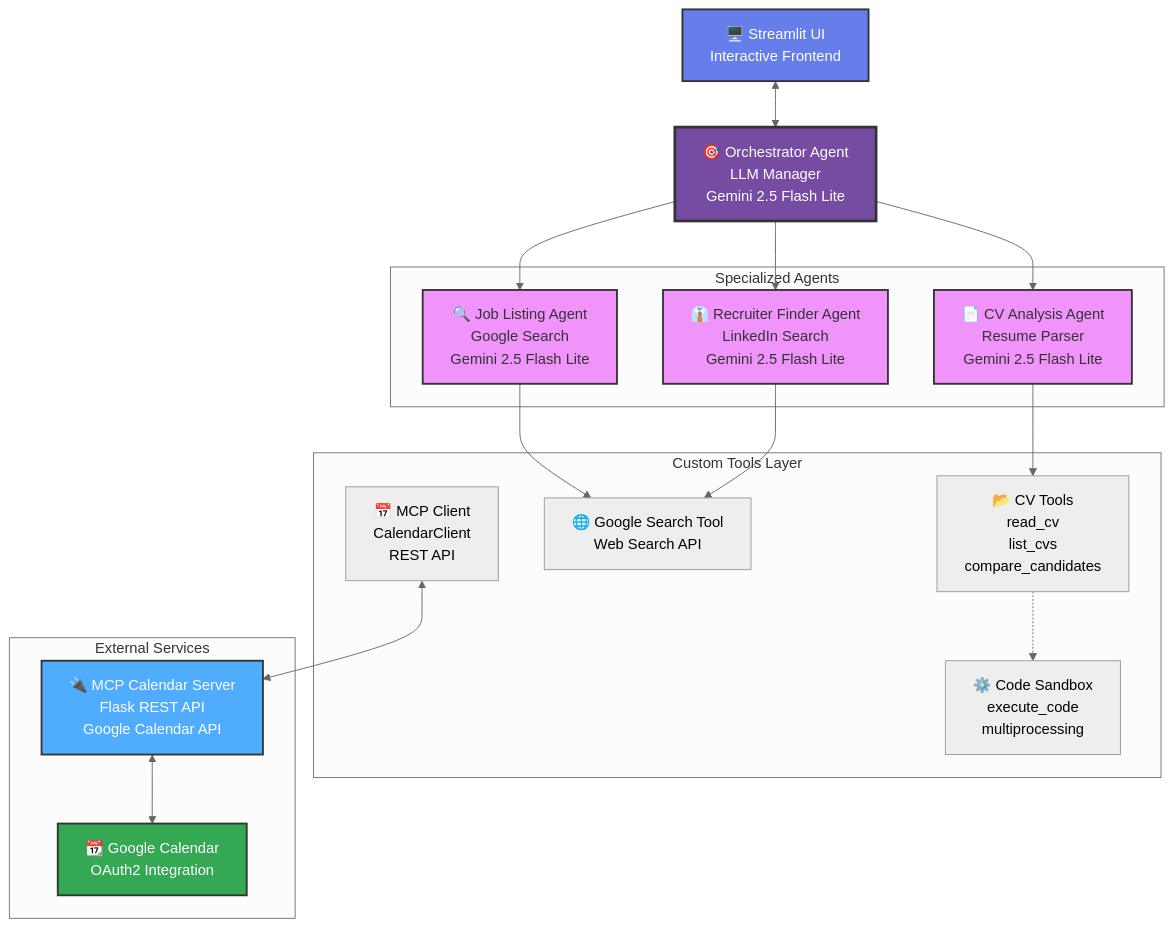
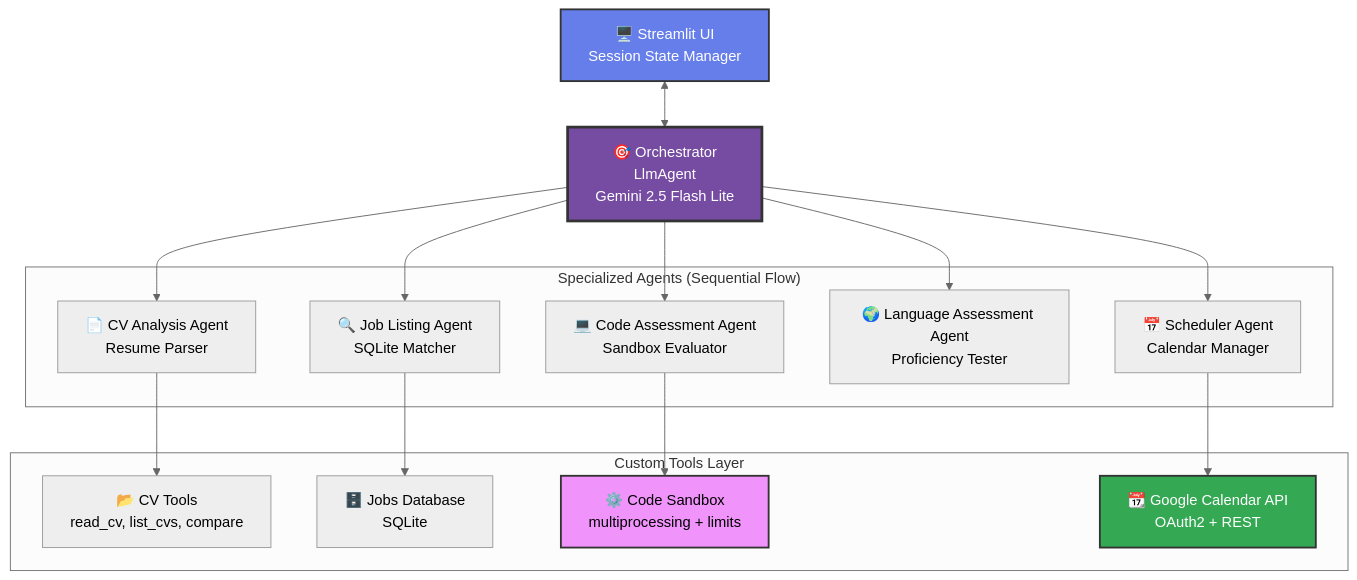
Before and after one commit to pitdagosti/agere-capstone-project-google-kaggle: the diagram in README.md, drawn with Mermaid (neutral theme). The commit also changed other lines of this file and 1 other file, not shown here.

````diff
--- a/README.md
+++ b/README.md
@@ -174,44 +367,32 @@
 ```mermaid
 graph TB
-    UI[🖥️ Streamlit UI<br/>Interactive Frontend]
-    ORCH[🎯 Orchestrator Agent<br/>LLM Manager<br/>Gemini 2.5 Flash Lite]
+    UI[🖥️ Streamlit UI<br/>Session State Manager]
+    ORCH[🎯 Orchestrator<br/>LlmAgent<br/>Gemini 2.5 Flash Lite]
     
-    subgraph "Specialized Agents"
-        CV[📄 CV Analysis Agent<br/>Resume Parser<br/>Gemini 2.5 Flash Lite]
-        JOB[🔍 Job Listing Agent<br/>Google Search<br/>Gemini 2.5 Flash Lite]
-        REC[👔 Recruiter Finder Agent<br/>LinkedIn Search<br/>Gemini 2.5 Flash Lite]
+    subgraph "Specialized Agents (Sequential Flow)"
+        CV[📄 CV Analysis Agent<br/>Resume Parser]
+        JOB[🔍 Job Listing Agent<br/>SQLite Matcher]
+        CODE[💻 Code Assessment Agent<br/>Sandbox Evaluator]
+        LANG[🌍 Language Assessment Agent<br/>Proficiency Tester]
+        SCHED[📅 Scheduler Agent<br/>Calendar Manager]
     end
     
     subgraph "Custom Tools Layer"
-        CVTOOLS[📂 CV Tools<br/>read_cv<br/>list_cvs<br/>compare_candidates]
-        GSEARCH[🌐 Google Search Tool<br/>Web Search API]
-        SANDBOX[⚙️ Code Sandbox<br/>execute_code<br/>multiprocessing]
-        MCPCLIENT[📅 MCP Client<br/>CalendarClient<br/>REST API]
-    end
-    
-    subgraph "External Services"
-        MCP[🔌 MCP Calendar Server<br/>Flask REST API<br/>Google Calendar API]
-        GCAL[📆 Google Calendar<br/>OAuth2 Integration]
+        CVTOOLS[📂 CV Tools<br/>read_cv, list_cvs, compare]
+        JOBDB[🗄️ Jobs Database<br/>SQLite]
+        SANDBOX[⚙️ Code Sandbox<br/>multiprocessing + limits]
+        GCAL[📆 Google Calendar API<br/>OAuth2 + REST]
     end
     
     UI <--> ORCH
-    ORCH --> CV
-    ORCH --> JOB
-    ORCH --> REC
-    
-    CV --> CVTOOLS
-    JOB --> GSEARCH
-    REC --> GSEARCH
-    
-    CVTOOLS -.-> SANDBOX
-    MCPCLIENT <--> MCP
-    MCP <--> GCAL
+    ORCH --> CV --> CVTOOLS
+    ORCH --> JOB --> JOBDB
+    ORCH --> CODE --> SANDBOX
+    ORCH --> LANG
+    ORCH --> SCHED --> GCAL
     
     style UI fill:#667eea,stroke:#333,stroke-width:2px,color:#fff
     style ORCH fill:#764ba2,stroke:#333,stroke-width:3px,color:#fff
-    style CV fill:#f093fb,stroke:#333,stroke-width:2px,color:#333
-    style JOB fill:#f093fb,stroke:#333,stroke-width:2px,color:#333
-    style REC fill:#f093fb,stroke:#333,stroke-width:2px,color:#333
-    style MCP fill:#4facfe,stroke:#333,stroke-width:2px,color:#fff
+    style SANDBOX fill:#f093fb,stroke:#333,stroke-width:2px
     style GCAL fill:#34a853,stroke:#333,stroke-width:2px,color:#fff
 ```
````
